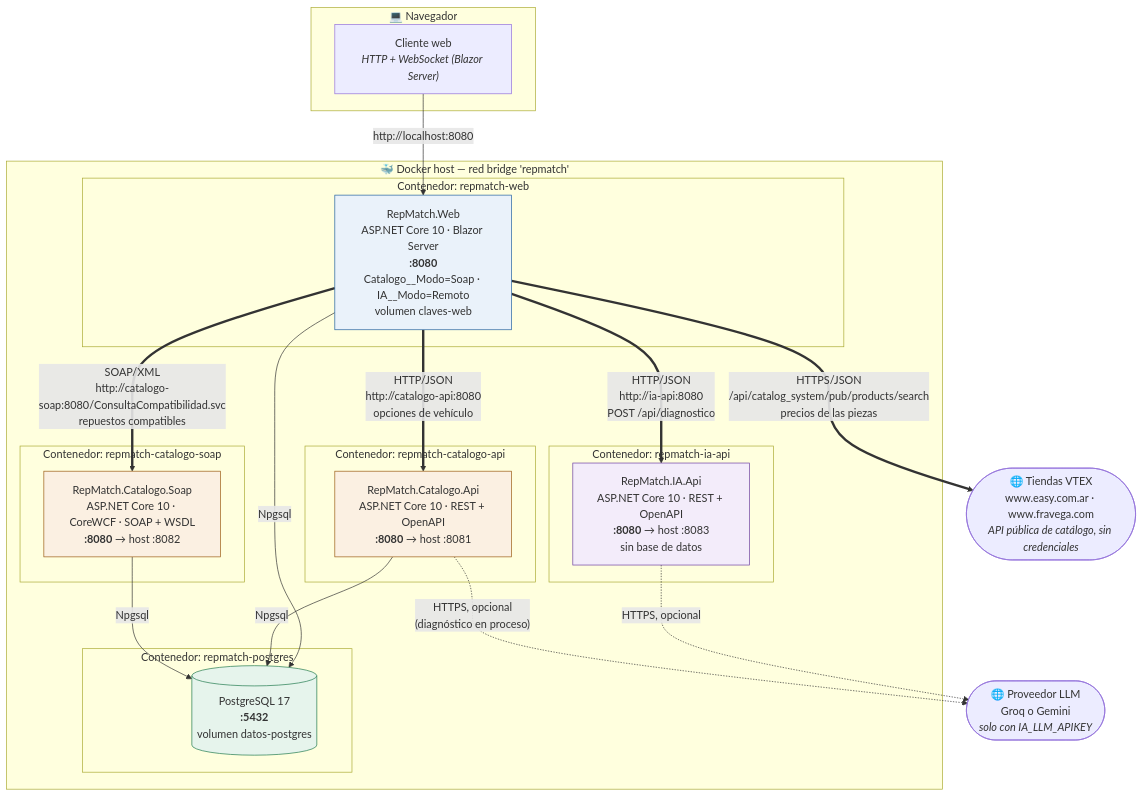
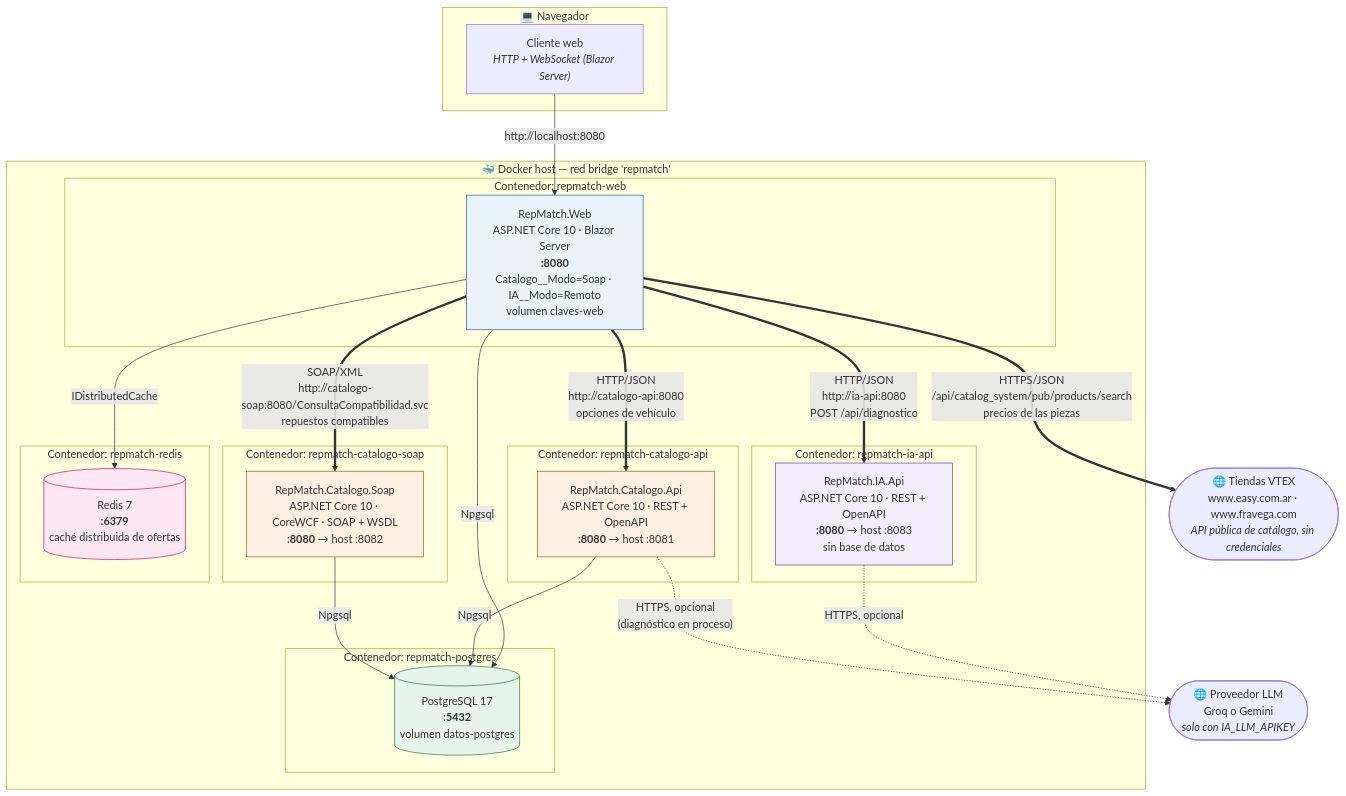
The first of 2 diagrams in docs/diagramas/despliegue.md (lfb-00/tp-apps-2), drawn with Mermaid before and after one commit. The commit also changed other lines of this file and 36 other files, not shown here.

````diff
--- a/docs/diagramas/despliegue.md
+++ b/docs/diagramas/despliegue.md
@@ -9,48 +9,54 @@
 ```mermaid
 flowchart TB
     subgraph nav["💻 Navegador"]
         BR["Cliente web<br/><i>HTTP + WebSocket (Blazor Server)</i>"]
     end
 
     subgraph docker["🐳 Docker host — red bridge 'repmatch'"]
         subgraph c1["Contenedor: repmatch-web"]
             W["RepMatch.Web<br/>ASP.NET Core 10 · Blazor Server<br/><b>:8080</b><br/>Catalogo__Modo=Soap · IA__Modo=Remoto<br/>volumen claves-web"]
         end
 
         subgraph c2["Contenedor: repmatch-catalogo-api"]
             A["RepMatch.Catalogo.Api<br/>ASP.NET Core 10 · REST + OpenAPI<br/><b>:8080</b> → host :8081"]
         end
 
         subgraph c5["Contenedor: repmatch-catalogo-soap"]
             S["RepMatch.Catalogo.Soap<br/>ASP.NET Core 10 · CoreWCF · SOAP + WSDL<br/><b>:8080</b> → host :8082"]
         end
 
         subgraph c4["Contenedor: repmatch-ia-api"]
             IA["RepMatch.IA.Api<br/>ASP.NET Core 10 · REST + OpenAPI<br/><b>:8080</b> → host :8083<br/>sin base de datos"]
         end
 
         subgraph c3["Contenedor: repmatch-postgres"]
             P[("PostgreSQL 17<br/><b>:5432</b><br/>volumen datos-postgres")]
         end
+
+        subgraph c6["Contenedor: repmatch-redis"]
+            R[("Redis 7<br/><b>:6379</b><br/>caché distribuida de ofertas")]
+        end
     end
 
     BR -- "http://localhost:8080" --> W
     W == "HTTP/JSON<br/>http://catalogo-api:8080<br/>opciones de vehículo" ==> A
     W == "SOAP/XML<br/>http://catalogo-soap:8080/ConsultaCompatibilidad.svc<br/>repuestos compatibles" ==> S
     W == "HTTP/JSON<br/>http://ia-api:8080<br/>POST /api/diagnostico" ==> IA
     W -- "Npgsql" --> P
     A -- "Npgsql" --> P
     S -- "Npgsql" --> P
+    W -- "IDistributedCache" --> R
 
     LLM(["🌐 Proveedor LLM<br/>Groq o Gemini<br/><i>solo con IA_LLM_APIKEY</i>"])
     VT(["🌐 Tiendas VTEX<br/>www.easy.com.ar · www.fravega.com<br/><i>API pública de catálogo, sin credenciales</i>"])
     W == "HTTPS/JSON<br/>/api/catalog_system/pub/products/search<br/>precios de las piezas" ==> VT
     IA -. "HTTPS, opcional" .-> LLM
     A -. "HTTPS, opcional<br/>(diagnóstico en proceso)" .-> LLM
 
     style W fill:#eaf2fa,stroke:#1f5f9e
     style A fill:#fbf0e2,stroke:#9a5b13
     style S fill:#fbf0e2,stroke:#9a5b13
     style IA fill:#f3ecfa,stroke:#6b3fa0
     style P fill:#e6f4ec,stroke:#1f7a4d
+    style R fill:#fce7f3,stroke:#be185d
 ```
````
